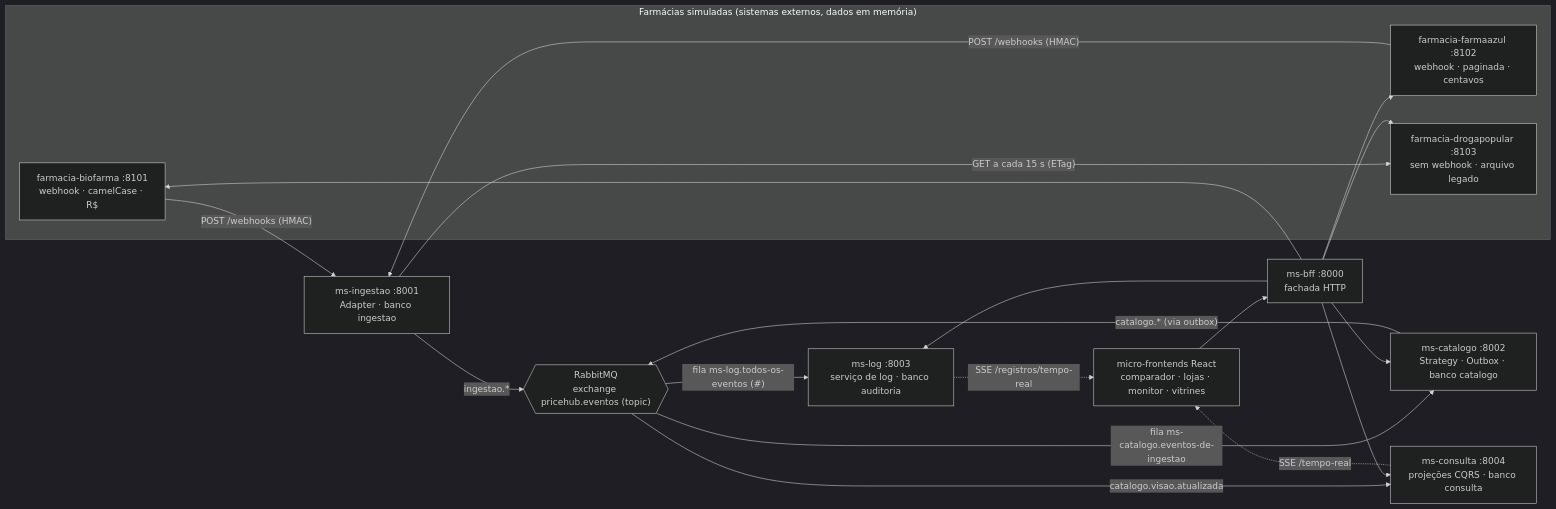
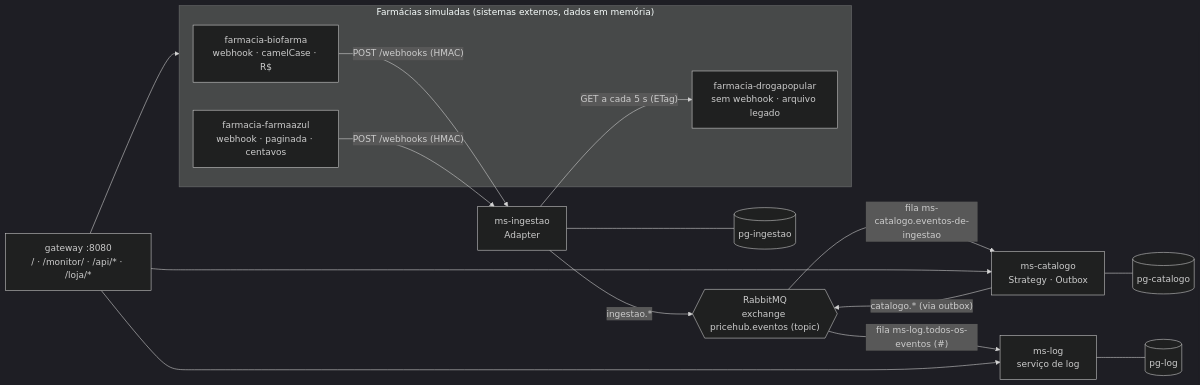
One commit to joaoramosw/PriceHub-backend changed the diagram in README.md. Above: the diagram before and after it, drawn with Mermaid (dark theme). The commit also changed other lines of this file and 77 other files, not shown here.

````diff
--- a/README.md
+++ b/README.md
@@ -78,29 +105,25 @@
 ```mermaid
 flowchart LR
   subgraph Externos["Farmácias simuladas (sistemas externos, dados em memória)"]
-    BIO["farmacia-biofarma :8101<br/>webhook · camelCase · R$"]
-    AZUL["farmacia-farmaazul :8102<br/>webhook · paginada · centavos"]
-    POP["farmacia-drogapopular :8103<br/>sem webhook · arquivo legado"]
+    BIO["farmacia-biofarma<br/>webhook · camelCase · R$"]
+    AZUL["farmacia-farmaazul<br/>webhook · paginada · centavos"]
+    POP["farmacia-drogapopular<br/>sem webhook · arquivo legado"]
   end
 
   BIO -- "POST /webhooks (HMAC)" --> ING
   AZUL -- "POST /webhooks (HMAC)" --> ING
-  ING -- "GET a cada 15 s (ETag)" --> POP
+  ING -- "GET a cada 5 s (ETag)" --> POP
 
-  ING["ms-ingestao :8001<br/>Adapter · banco ingestao"]
+  ING["ms-ingestao<br/>Adapter"] --- DBI[("pg-ingestao")]
   ING -- "ingestao.*" --> MQ{{"RabbitMQ<br/>exchange pricehub.eventos (topic)"}}
-  MQ -- "fila ms-catalogo.eventos-de-ingestao" --> CAT["ms-catalogo :8002<br/>Strategy · Outbox · banco catalogo"]
+  MQ -- "fila ms-catalogo.eventos-de-ingestao" --> CAT["ms-catalogo<br/>Strategy · Outbox"]
+  CAT --- DBC[("pg-catalogo")]
   CAT -- "catalogo.* (via outbox)" --> MQ
-  MQ -- "fila ms-log.todos-os-eventos (#)" --> LOG["ms-log :8003<br/>serviço de log · banco auditoria"]
+  MQ -- "fila ms-log.todos-os-eventos (#)" --> LOG["ms-log<br/>serviço de log"]
+  LOG --- DBL[("pg-log")]
 
-  MQ -- "catalogo.visao.atualizada" --> QRY["ms-consulta :8004<br/>projeções CQRS · banco consulta"]
-  WEB["micro-frontends React<br/>comparador · lojas · monitor · vitrines"] --> BFF["ms-bff :8000<br/>fachada HTTP"]
-  BFF --> QRY
-  BFF --> CAT
-  BFF --> LOG
-  BFF --> BIO
-  BFF --> AZUL
-  BFF --> POP
-  QRY -. "SSE /tempo-real" .-> WEB
-  LOG -. "SSE /registros/tempo-real" .-> WEB
+  GW["gateway :8080<br/>/ · /monitor/ · /api/* · /loja/*"]
+  GW --> CAT
+  GW --> LOG
+  GW --> Externos
 ```
````
